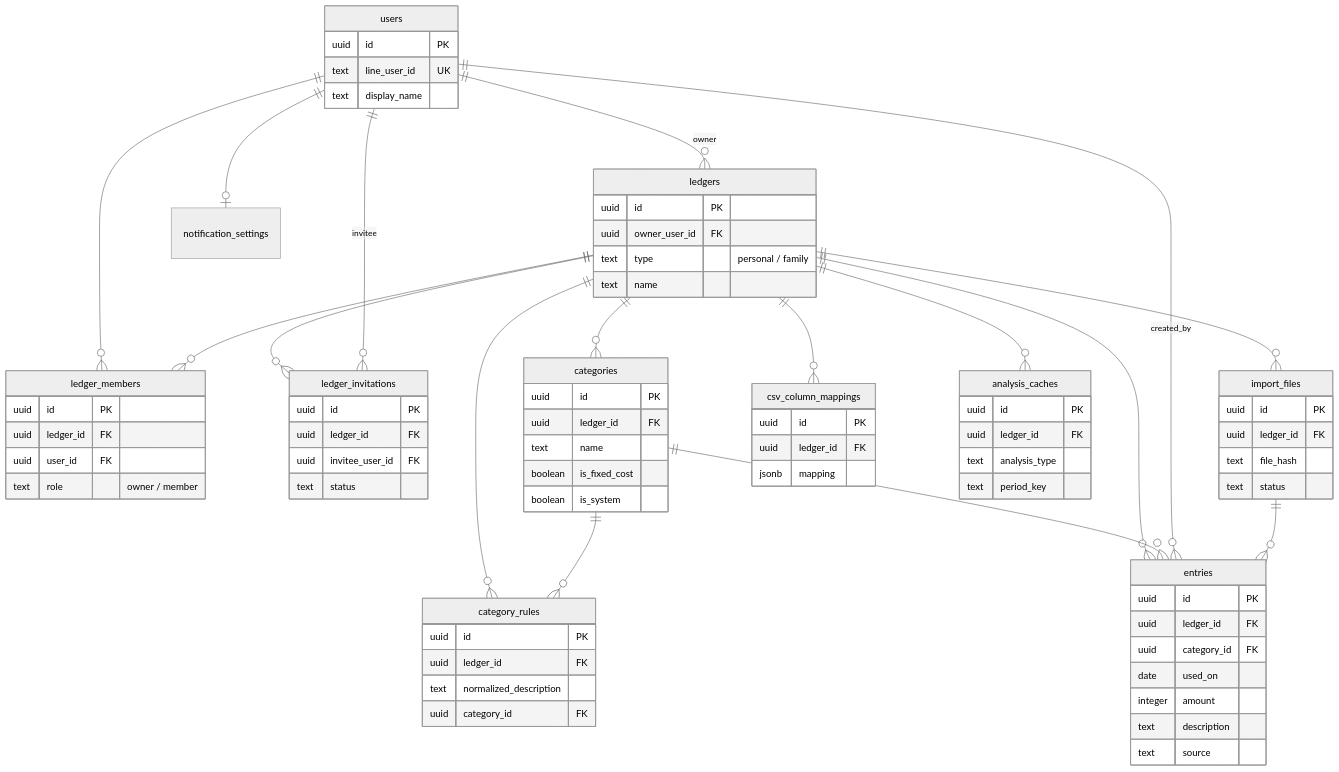
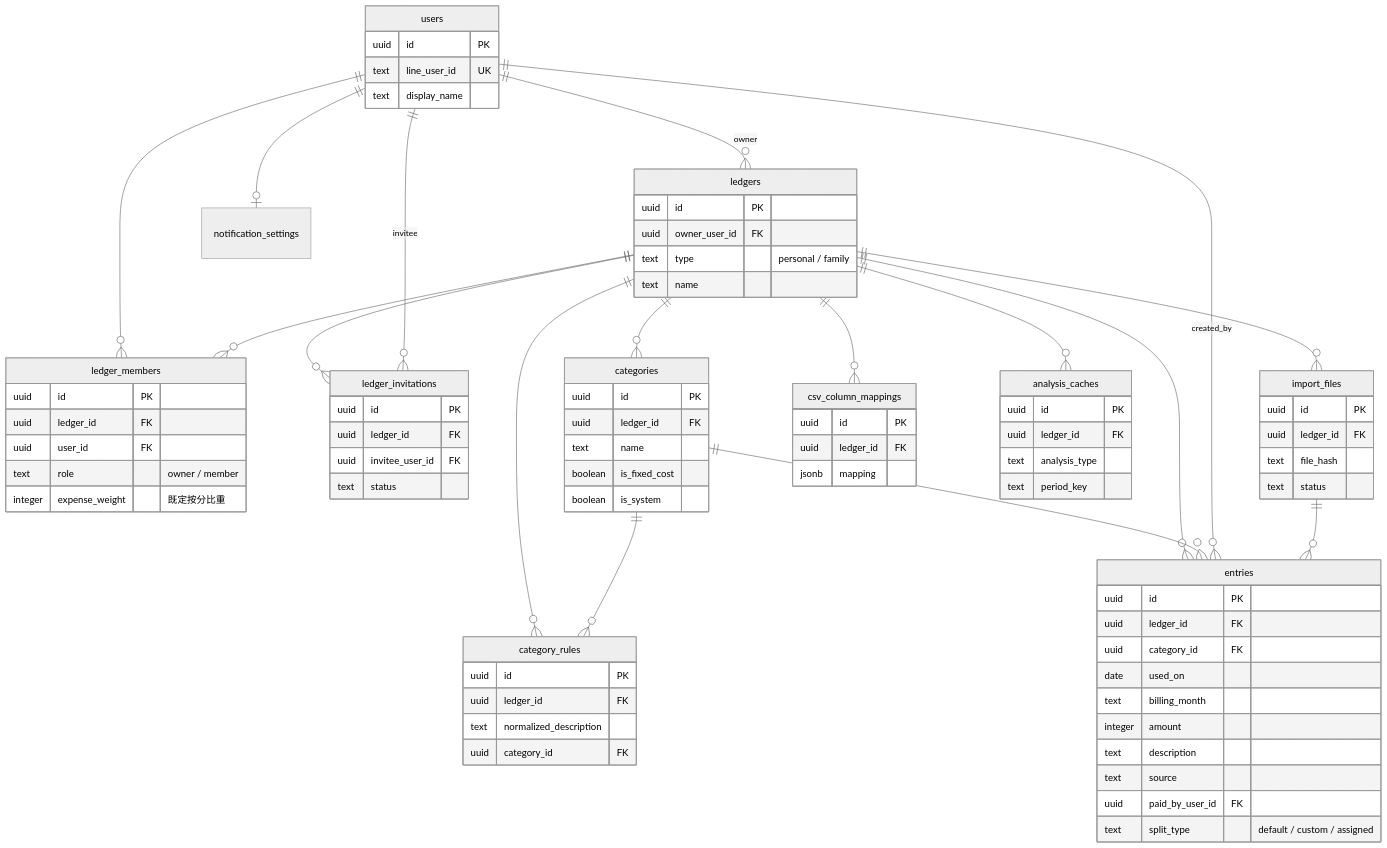
The diagram in docs/database.md (tommynishi/tracking-money), drawn with Mermaid (neutral theme) before and after one commit. The commit also changed other lines of this file and 36 other files, not shown here.

```diff
--- a/docs/database.md
+++ b/docs/database.md
@@ -77,6 +77,7 @@
         uuid ledger_id FK
         uuid user_id FK
         text role "owner / member"
+        integer expense_weight "既定按分比重"
     }
     ledger_invitations {
         uuid id PK
@@ -96,9 +97,12 @@
         uuid ledger_id FK
         uuid category_id FK
         date used_on
+        text billing_month
         integer amount
         text description
         text source
+        uuid paid_by_user_id FK
+        text split_type "default / custom / assigned"
     }
     import_files {
         uuid id PK
```
